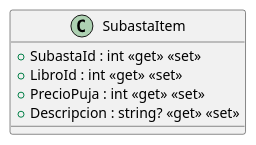
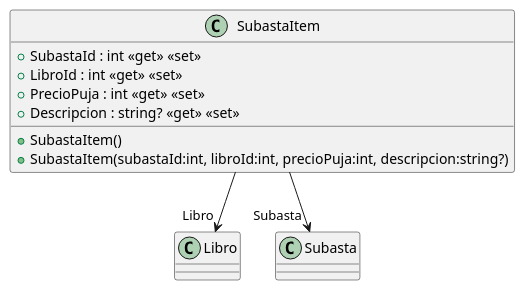
The diagram in src/AppForSEII.API/ClassDiagram/SubastaItem.puml (ISII2627NeedMoneyForMac/ISII2627NeedMoneyForMac), drawn with PlantUML before and after one commit. The commit also changed 14 other files, not shown here.

Commit message:
Se han editado las clases compra, compraItem y libro, y el diagrama del CU Comprar libro (#48)

```diff
--- a/src/AppForSEII.API/ClassDiagram/SubastaItem.puml
+++ b/src/AppForSEII.API/ClassDiagram/SubastaItem.puml
@@ -1,8 +1,12 @@
 @startuml
 class SubastaItem {
+    + SubastaItem()
+    + SubastaItem(subastaId:int, libroId:int, precioPuja:int, descripcion:string?)
     + SubastaId : int <<get>> <<set>>
     + LibroId : int <<get>> <<set>>
     + PrecioPuja : int <<get>> <<set>>
     + Descripcion : string? <<get>> <<set>>
 }
+SubastaItem --> "Libro" Libro
+SubastaItem --> "Subasta" Subasta
 @enduml
```
